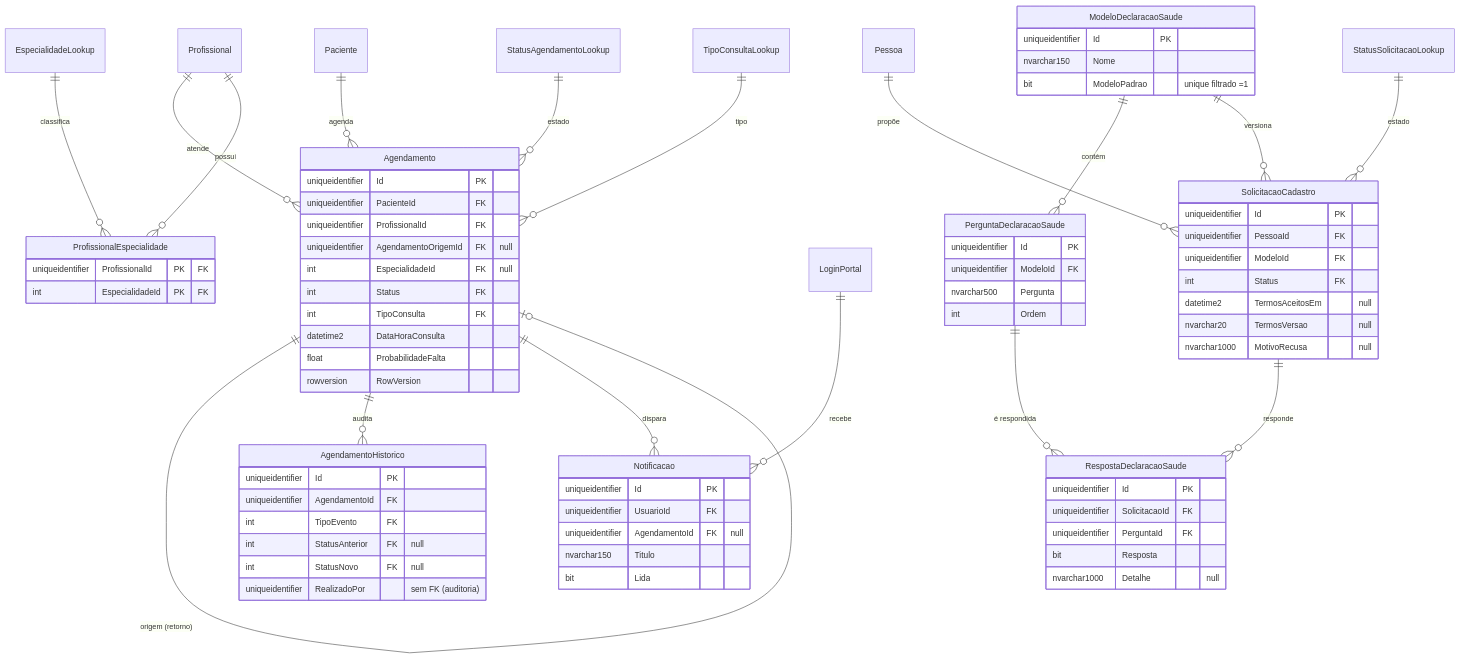
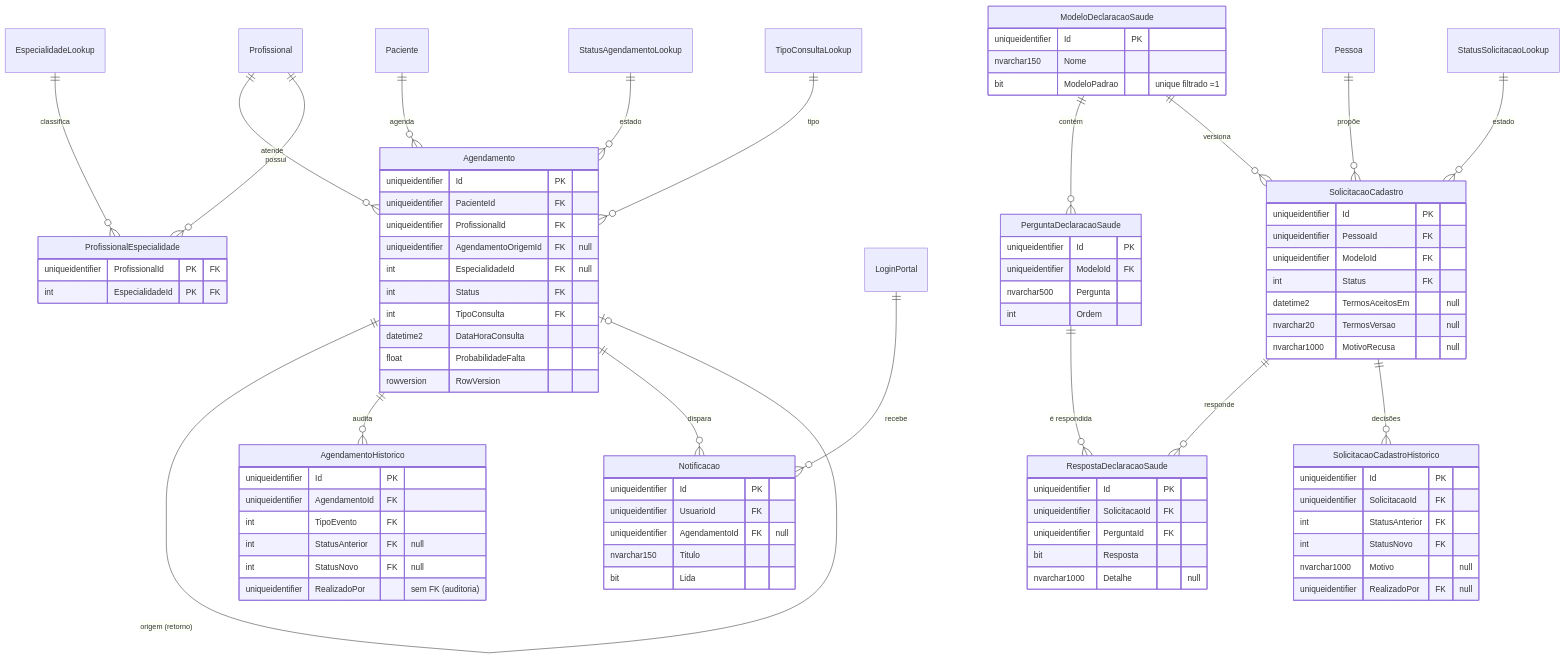
Before and after one commit to daniel-santoss/PIM_III_ClinicaMaisSaude: the second of 2 diagrams in docs/banco/MODELO_DADOS.md, drawn with Mermaid. The commit also changed other lines of this file and 4 other files, not shown here.

First line of the commit message:
docs: regra RN07 (decisao e retificacao do auto-cadastro), historia E4-12 e tabela de historico no modelo de dados

````diff
--- a/docs/banco/MODELO_DADOS.md
+++ b/docs/banco/MODELO_DADOS.md
@@ -130,6 +130,7 @@
     ModeloDeclaracaoSaude ||--o{ SolicitacaoCadastro : "versiona"
     Pessoa ||--o{ SolicitacaoCadastro : "propõe"
     SolicitacaoCadastro ||--o{ RespostaDeclaracaoSaude : "responde"
+    SolicitacaoCadastro ||--o{ SolicitacaoCadastroHistorico : "decisões"
     PerguntaDeclaracaoSaude ||--o{ RespostaDeclaracaoSaude : "é respondida"
     StatusSolicitacaoLookup ||--o{ SolicitacaoCadastro : "estado"
 
@@ -191,4 +192,12 @@
         bit Resposta
         nvarchar1000 Detalhe "null"
     }
+    SolicitacaoCadastroHistorico {
+        uniqueidentifier Id PK
+        uniqueidentifier SolicitacaoId FK
+        int StatusAnterior FK
+        int StatusNovo FK
+        nvarchar1000 Motivo "null"
+        uniqueidentifier RealizadoPor FK "null"
+    }
 ```
````
